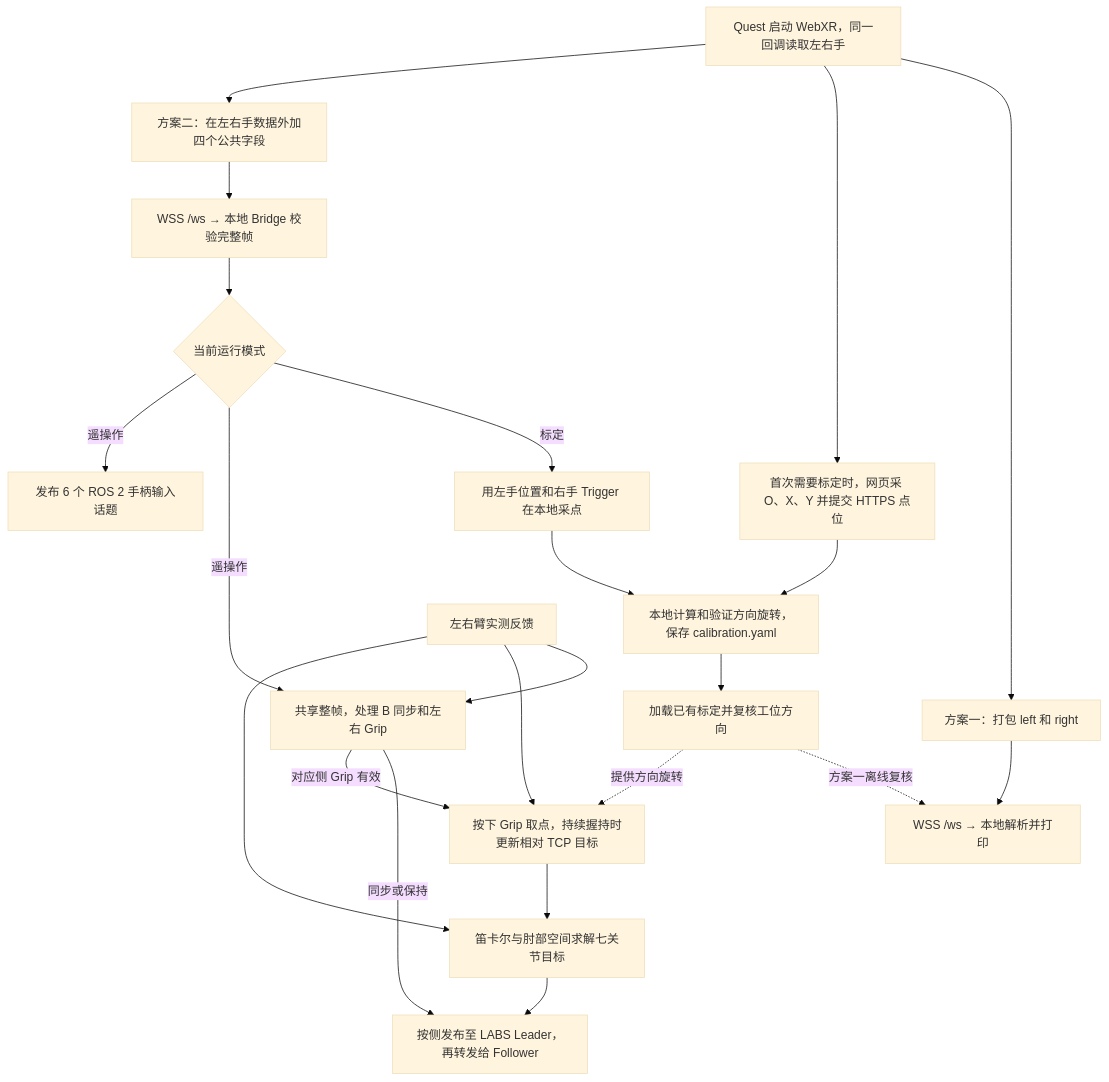
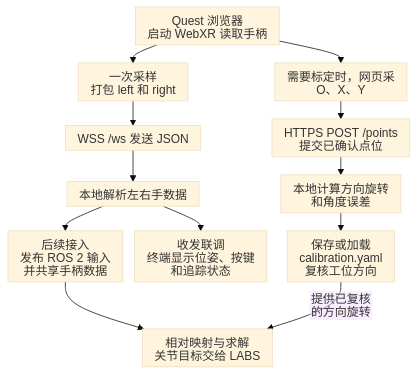
One commit to YYxzz8866/Quest-Proposal changed the fourth of 4 diagrams in 3、Topic.md. Above: the diagram before and after it, drawn with Mermaid (base theme). The commit also changed other lines of this file and 9 other files, not shown here.

````diff
--- a/3、Topic.md
+++ b/3、Topic.md
@@ -193,34 +153,20 @@
 ```mermaid
+%%{init: {"htmlLabels": false, "flowchart": {"htmlLabels": false, "useMaxWidth": true, "nodeSpacing": 16, "rankSpacing": 24, "padding": 8}}}%%
 flowchart TD
-    XR["Quest 启动 WebXR，同一回调读取左右手"]
-    Simple["方案一：打包 left 和 right"]
-    Local["WSS /ws → 本地解析并打印"]
-    WebPoints["首次需要标定时，网页采 O、X、Y 并提交 HTTPS 点位"]
-    Full["方案二：在左右手数据外加四个公共字段"]
-    Bridge["WSS /ws → 本地 Bridge 校验完整帧"]
-    Select{"当前运行模式"}
-    LocalPoints["用左手位置和右手 Trigger 在本地采点"]
-    Save["本地计算和验证方向旋转，保存 calibration.yaml"]
-    Config["加载已有标定并复核工位方向"]
-    State["共享整帧，处理 B 同步和左右 Grip"]
-    Topics["发布 6 个 ROS 2 手柄输入话题"]
-    Feedback["左右臂实测反馈"]
-    Map["按下 Grip 取点，持续握持时更新相对 TCP 目标"]
-    Solve["笛卡尔与肘部空间求解七关节目标"]
-    Leader["按侧发布至 LABS Leader，再转发给 Follower"]
+    XR["Quest 浏览器<br/>启动 WebXR 读取手柄"]
+    Points["需要标定时，网页采 O、X、Y"]
+    Post["HTTPS POST /points<br/>提交已确认点位"]
+    Fit["本地计算方向旋转<br/>和角度误差"]
+    Config["保存或加载<br/>calibration.yaml<br/>复核工位方向"]
+    Pack["一次采样<br/>打包 left 和 right"]
+    WSS["WSS /ws 发送 JSON"]
+    Local["本地解析左右手数据"]
+    Log["收发联调<br/>终端显示位姿、按键<br/>和追踪状态"]
+    Bridge["后续接入<br/>发布 ROS 2 输入<br/>并共享手柄数据"]
+    Labs["相对映射与求解<br/>关节目标交给 LABS"]
 
-    XR --> Simple --> Local
-    XR --> WebPoints --> Save
-    XR --> Full --> Bridge --> Select
-    Select -->|标定| LocalPoints --> Save
-    Select -->|遥操作| State
-    Select -->|遥操作| Topics
-    Save --> Config
-    Config -.->|方案一离线复核| Local
-    Config -.->|提供方向旋转| Map
-    Feedback --> State
-    Feedback --> Map
-    Feedback --> Solve
-    State -->|同步或保持| Leader
-    State -->|对应侧 Grip 有效| Map --> Solve --> Leader
+    XR --> Points --> Post --> Fit --> Config
+    XR --> Pack --> WSS --> Local --> Log
+    Local --> Bridge --> Labs
+    Config -->|"提供已复核<br/>的方向旋转"| Labs
 ```
````
